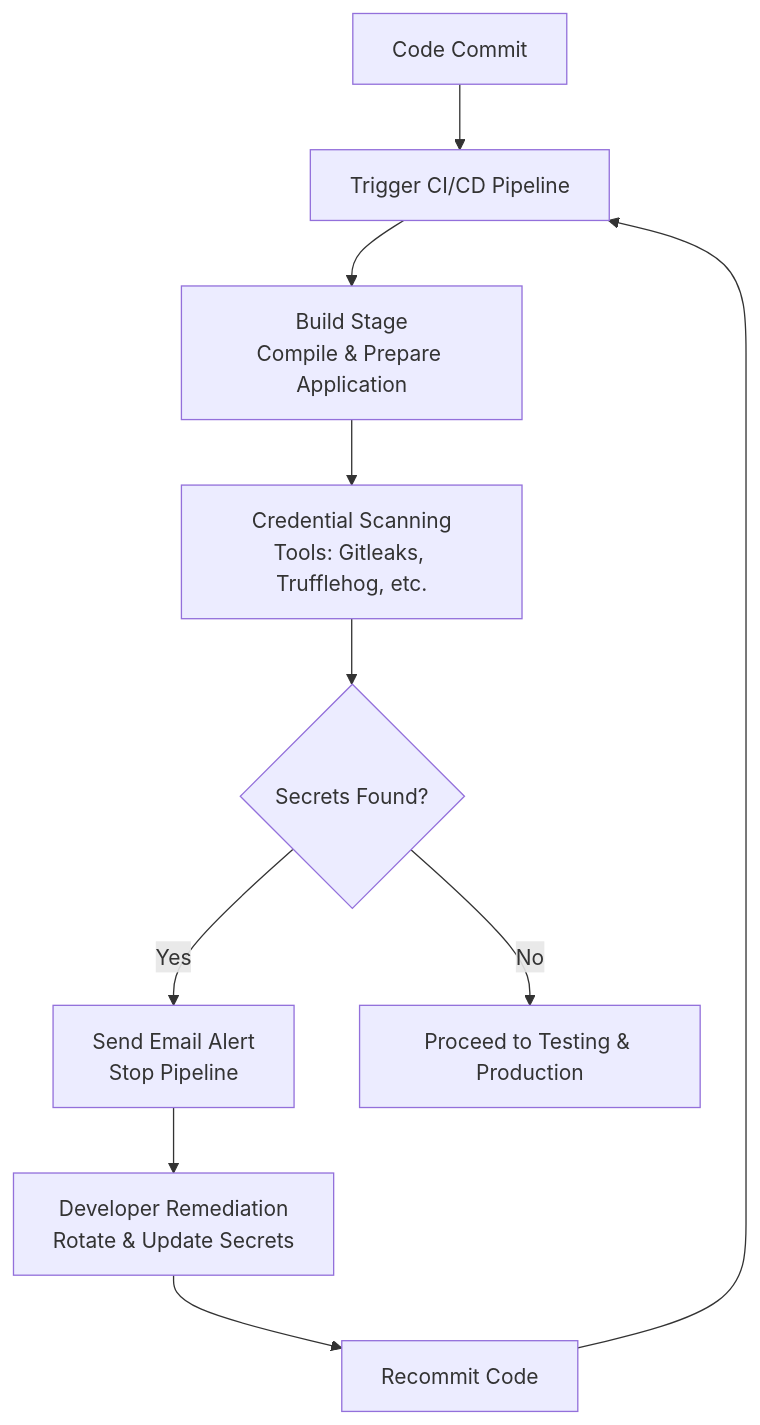
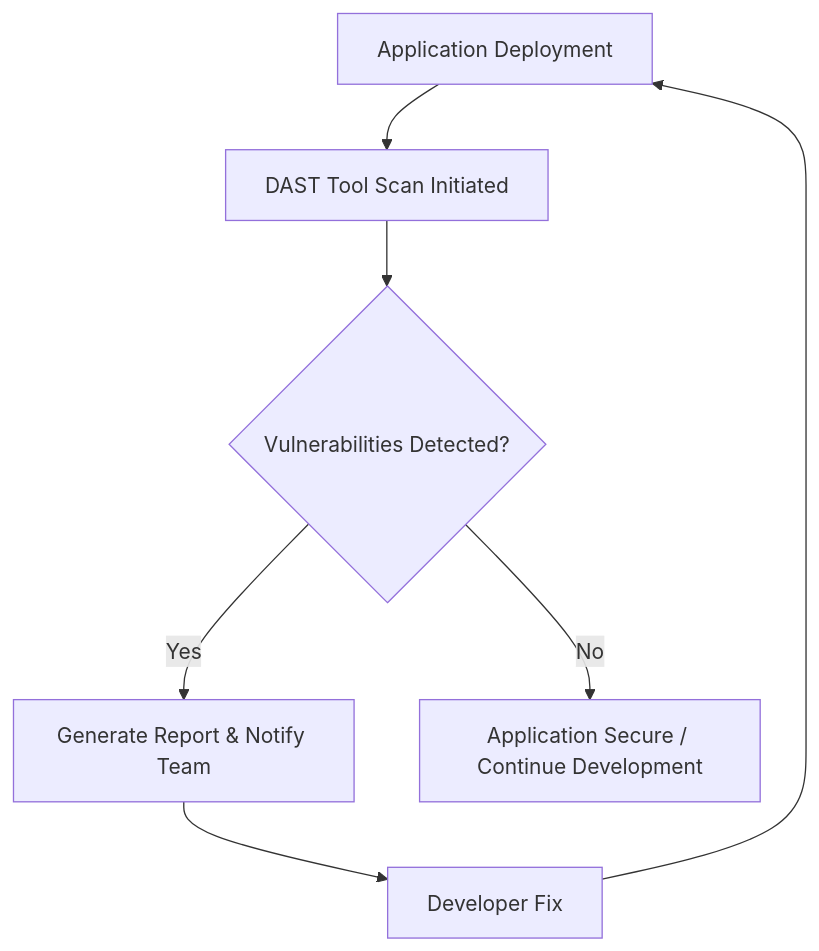
Before and after one commit to Ishaan-Dev5/sanatak: the diagram in sprint-2/ReactDAST.md, drawn with Mermaid. The commit also changed other lines of this file, not shown here.

````diff
--- a/sprint-2/ReactDAST.md
+++ b/sprint-2/ReactDAST.md
@@ -71,15 +71,10 @@
 ```mermaid
+
 flowchart TD
-    A[Code Commit] --> B[Trigger CI/CD Pipeline]
-    B --> C[Build Stage<br>Compile & Prepare Application]
-    C --> D[Credential Scanning<br>Tools: Gitleaks, Trufflehog, etc.]
-    D --> E{Secrets Found?}
-
-    E -->|Yes| F[Send Email Alert<br>Stop Pipeline]
-    F --> G[Developer Remediation<br>Rotate & Update Secrets]
-    G --> H[Recommit Code]
-    H --> B
-
-    E -->|No| I[Proceed to Testing & Production]
-
+    A[Application Deployment] --> B[DAST Tool Scan Initiated]
+    B --> C{Vulnerabilities Detected?}
+    C -->|Yes| D[Generate Report & Notify Team]
+    D --> E[Developer Fix]
+    E --> A
+    C -->|No| F[Application Secure / Continue Development]
 ```
````
